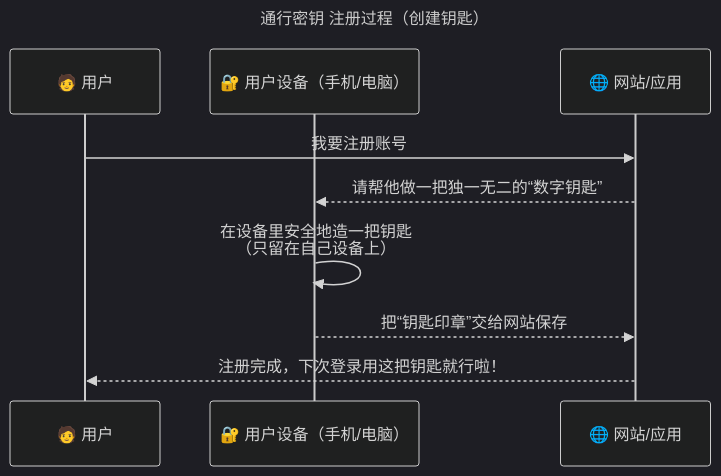
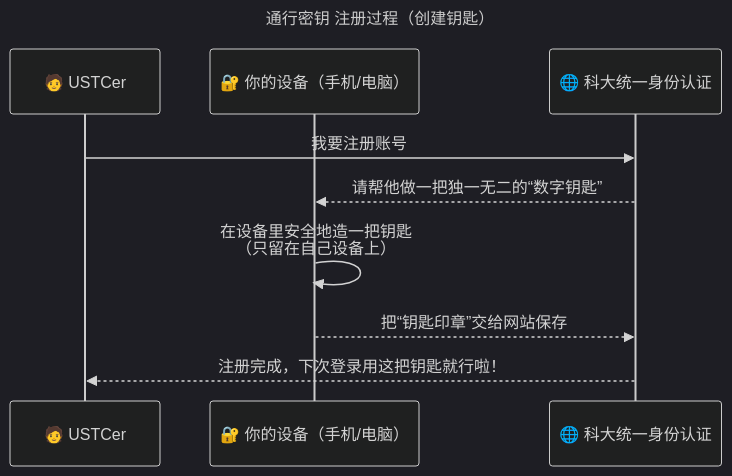
The first of 3 diagrams in docs/passkey.md (wf0229/id_doc), drawn with Mermaid (dark theme) before and after one commit. The commit also changed other lines of this file, not shown here.

````diff
--- a/docs/passkey.md
+++ b/docs/passkey.md
@@ -12,13 +12,13 @@
 ```mermaid
 sequenceDiagram
     title 通行密钥 注册过程（创建钥匙）
-    participant U as 🧑 用户
-    participant D as 🔐 用户设备（手机/电脑）
-    participant P as 🌐 网站/应用
+    participant U as 🧑 USTCer
+    participant D as 🔐 你的设备（手机/电脑）
+    participant P as 🌐 科大统一身份认证
 
     U->>P: 我要注册账号
     P-->>D: 请帮他做一把独一无二的“数字钥匙”
     D->>D: 在设备里安全地造一把钥匙<br/>（只留在自己设备上）
     D-->>P: 把“钥匙印章”交给网站保存
     P-->>U: 注册完成，下次登录用这把钥匙就行啦！
 ```
````
